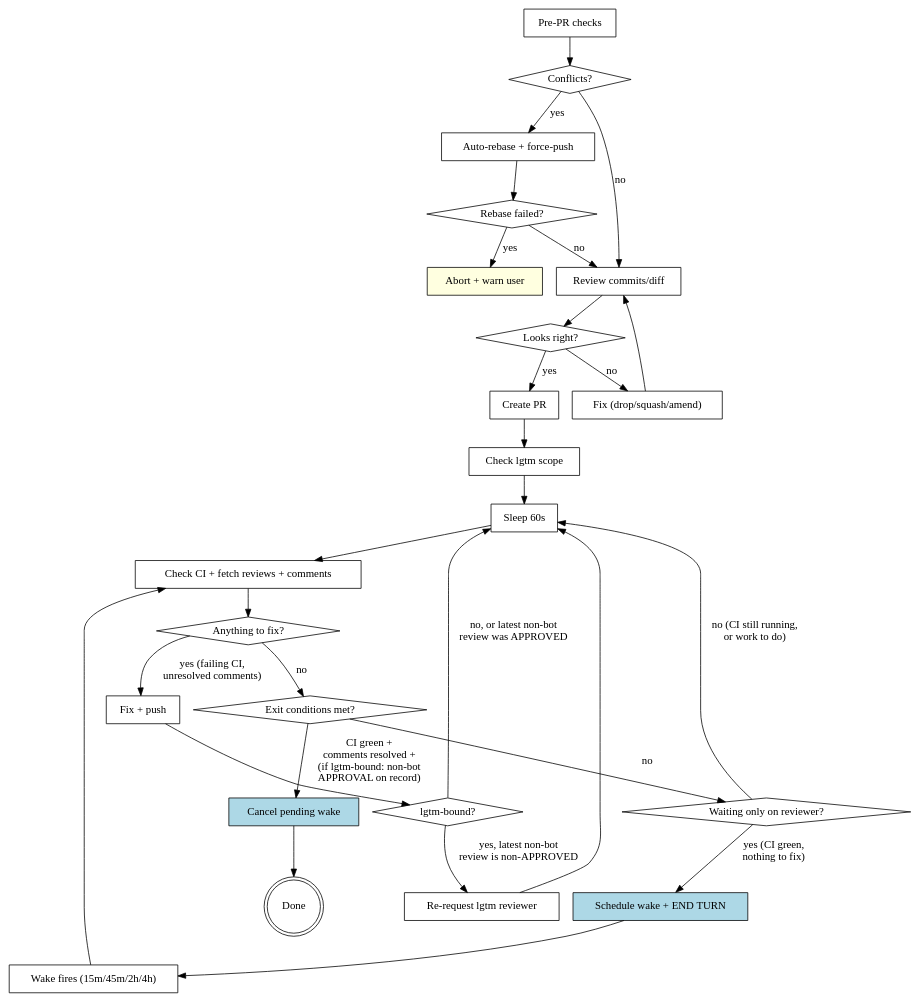
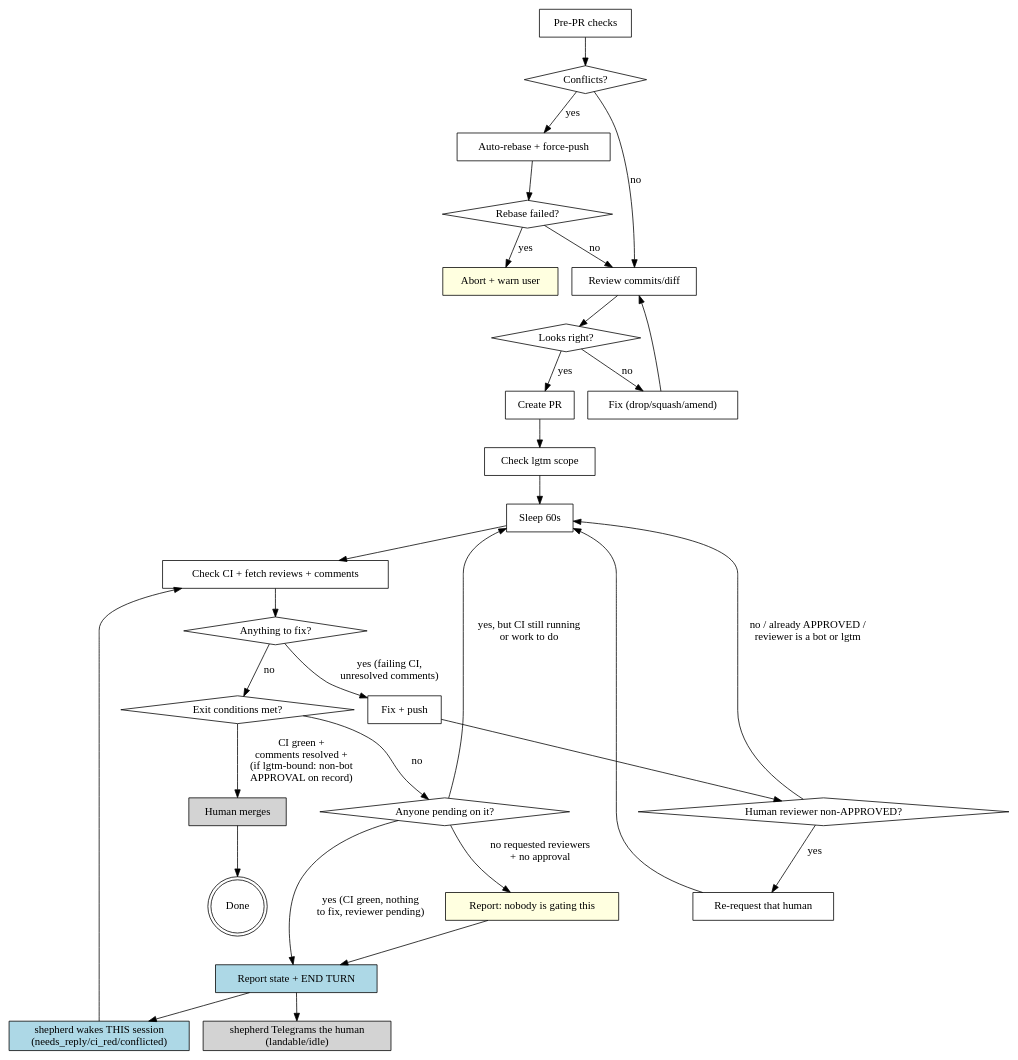
Before and after one commit to johnnymo87/workstation: the diagram in assets/opencode/skills/shepherding-pull-requests/SKILL.md, drawn with Graphviz. The commit also changed other lines of this file and 1 other file, not shown here.

First line of the commit message:
shepherding-pull-requests: correct who the shepherd wakes, and who to re-request (#456)

````diff
--- a/assets/opencode/skills/shepherding-pull-requests/SKILL.md
+++ b/assets/opencode/skills/shepherding-pull-requests/SKILL.md
@@ -51,55 +73,60 @@
 ```dot
 digraph pr_lifecycle {
     rankdir=TB;
     "Pre-PR checks" [shape=box];
     "Conflicts?" [shape=diamond];
     "Auto-rebase + force-push" [shape=box];
     "Rebase failed?" [shape=diamond];
     "Abort + warn user" [shape=box, style=filled, fillcolor=lightyellow];
     "Review commits/diff" [shape=box];
     "Looks right?" [shape=diamond];
     "Fix (drop/squash/amend)" [shape=box];
     "Create PR" [shape=box];
     "Check lgtm scope" [shape=box];
     "Sleep 60s" [shape=box];
     "Check CI + fetch reviews + comments" [shape=box];
     "Anything to fix?" [shape=diamond];
     "Fix + push" [shape=box];
-    "lgtm-bound?" [shape=diamond];
-    "Re-request lgtm reviewer" [shape=box];
+    "Human reviewer non-APPROVED?" [shape=diamond];
+    "Re-request that human" [shape=box];
     "Exit conditions met?" [shape=diamond];
-    "Waiting only on reviewer?" [shape=diamond];
-    "Schedule wake + END TURN" [shape=box, style=filled, fillcolor=lightblue];
-    "Wake fires (15m/45m/2h/4h)" [shape=box];
-    "Cancel pending wake" [shape=box, style=filled, fillcolor=lightblue];
+    "Anyone pending on it?" [shape=diamond];
+    "Report: nobody is gating this" [shape=box, style=filled, fillcolor=lightyellow];
+    "Report state + END TURN" [shape=box, style=filled, fillcolor=lightblue];
+    "shepherd wakes THIS session\n(needs_reply/ci_red/conflicted)" [shape=box, style=filled, fillcolor=lightblue];
+    "shepherd Telegrams the human\n(landable/idle)" [shape=box, style=filled, fillcolor=lightgrey];
+    "Human merges" [shape=box, style=filled, fillcolor=lightgrey];
     "Done" [shape=doublecircle];
 
     "Pre-PR checks" -> "Conflicts?";
     "Conflicts?" -> "Review commits/diff" [label="no"];
     "Conflicts?" -> "Auto-rebase + force-push" [label="yes"];
     "Auto-rebase + force-push" -> "Rebase failed?";
     "Rebase failed?" -> "Review commits/diff" [label="no"];
     "Rebase failed?" -> "Abort + warn user" [label="yes"];
     "Review commits/diff" -> "Looks right?";
     "Looks right?" -> "Create PR" [label="yes"];
     "Looks right?" -> "Fix (drop/squash/amend)" [label="no"];
     "Fix (drop/squash/amend)" -> "Review commits/diff";
     "Create PR" -> "Check lgtm scope";
     "Check lgtm scope" -> "Sleep 60s";
     "Sleep 60s" -> "Check CI + fetch reviews + comments";
     "Check CI + fetch reviews + comments" -> "Anything to fix?";
     "Anything to fix?" -> "Fix + push" [label="yes (failing CI,\nunresolved comments)"];
     "Anything to fix?" -> "Exit conditions met?" [label="no"];
-    "Fix + push" -> "lgtm-bound?";
-    "lgtm-bound?" -> "Re-request lgtm reviewer" [label="yes, latest non-bot\nreview is non-APPROVED"];
-    "lgtm-bound?" -> "Sleep 60s" [label="no, or latest non-bot\nreview was APPROVED"];
-    "Re-request lgtm reviewer" -> "Sleep 60s";
-    "Exit conditions met?" -> "Cancel pending wake" [label="CI green +\ncomments resolved +\n(if lgtm-bound: non-bot\nAPPROVAL on record)"];
-    "Cancel pending wake" -> "Done";
-    "Exit conditions met?" -> "Waiting only on reviewer?" [label="no"];
-    "Waiting only on reviewer?" -> "Sleep 60s" [label="no (CI still running,\nor work to do)"];
-    "Waiting only on reviewer?" -> "Schedule wake + END TURN" [label="yes (CI green,\nnothing to fix)"];
-    "Schedule wake + END TURN" -> "Wake fires (15m/45m/2h/4h)";
-    "Wake fires (15m/45m/2h/4h)" -> "Check CI + fetch reviews + comments";
+    "Fix + push" -> "Human reviewer non-APPROVED?";
+    "Human reviewer non-APPROVED?" -> "Re-request that human" [label="yes"];
+    "Human reviewer non-APPROVED?" -> "Sleep 60s" [label="no / already APPROVED /\nreviewer is a bot or lgtm"];
+    "Re-request that human" -> "Sleep 60s";
+    "Exit conditions met?" -> "Human merges" [label="CI green +\ncomments resolved +\n(if lgtm-bound: non-bot\nAPPROVAL on record)"];
+    "Human merges" -> "Done";
+    "Exit conditions met?" -> "Anyone pending on it?" [label="no"];
+    "Anyone pending on it?" -> "Report: nobody is gating this" [label="no requested reviewers\n+ no approval"];
+    "Report: nobody is gating this" -> "Report state + END TURN";
+    "Anyone pending on it?" -> "Sleep 60s" [label="yes, but CI still running\nor work to do"];
+    "Anyone pending on it?" -> "Report state + END TURN" [label="yes (CI green, nothing\nto fix, reviewer pending)"];
+    "Report state + END TURN" -> "shepherd wakes THIS session\n(needs_reply/ci_red/conflicted)";
+    "Report state + END TURN" -> "shepherd Telegrams the human\n(landable/idle)";
+    "shepherd wakes THIS session\n(needs_reply/ci_red/conflicted)" -> "Check CI + fetch reviews + comments";
 }
 ```
````
